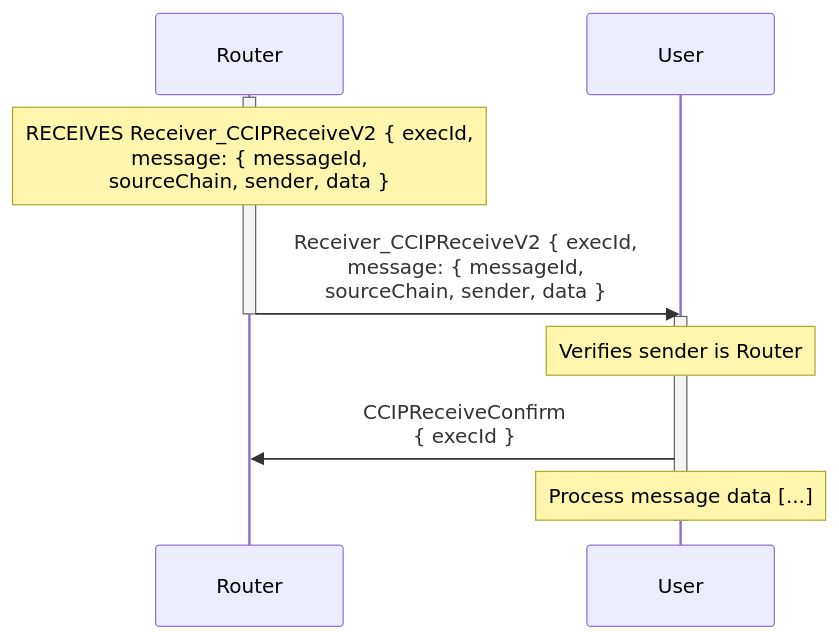
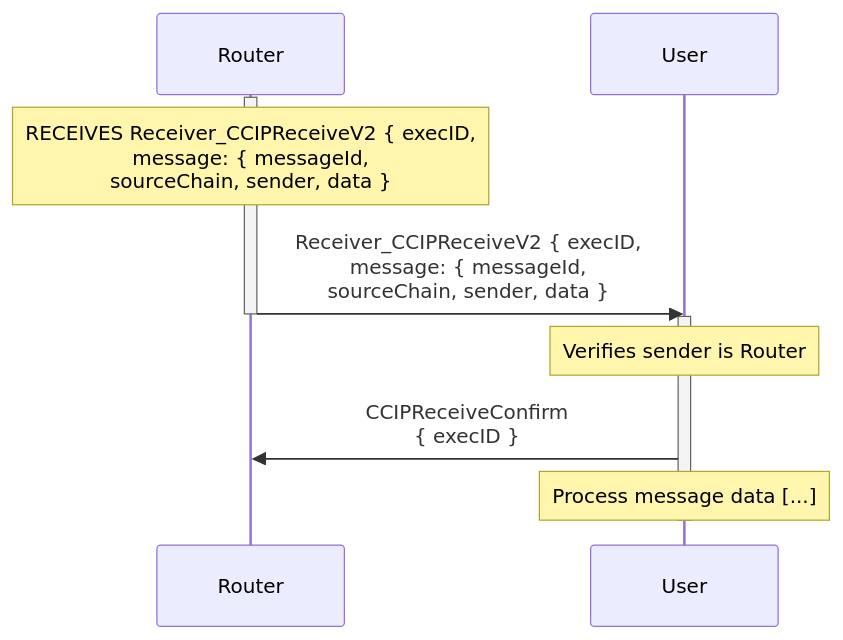
The first of 2 diagrams in docs/contracts/overview/ccip/router/user-interface/receiver.md (smartcontractkit/chainlink-ton), drawn with Mermaid before and after one commit. The commit also changed other lines of this file and 28 other files, not shown here.

````diff
--- a/docs/contracts/overview/ccip/router/user-interface/receiver.md
+++ b/docs/contracts/overview/ccip/router/user-interface/receiver.md
@@ -20,18 +20,18 @@
 ```mermaid
 sequenceDiagram
     participant R as Router
     participant U as User
 
     activate R
-    Note over R: RECEIVES Receiver_CCIPReceiveV2 { execId,<br>message: { messageId,<br>sourceChain, sender, data }
-    R ->> U: Receiver_CCIPReceiveV2 { execId,<br>message: { messageId,<br>sourceChain, sender, data }
+    Note over R: RECEIVES Receiver_CCIPReceiveV2 { execID,<br>message: { messageId,<br>sourceChain, sender, data }
+    R ->> U: Receiver_CCIPReceiveV2 { execID,<br>message: { messageId,<br>sourceChain, sender, data }
     deactivate R
 
 
 
     activate U
     Note over U: Verifies sender is Router
-    U ->> R: CCIPReceiveConfirm<br>{ execId }
+    U ->> R: CCIPReceiveConfirm<br>{ execID }
     Note over U: Process message data [...]
     deactivate U
 ```
````
